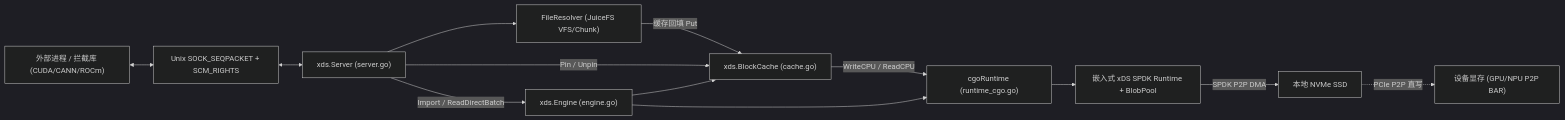
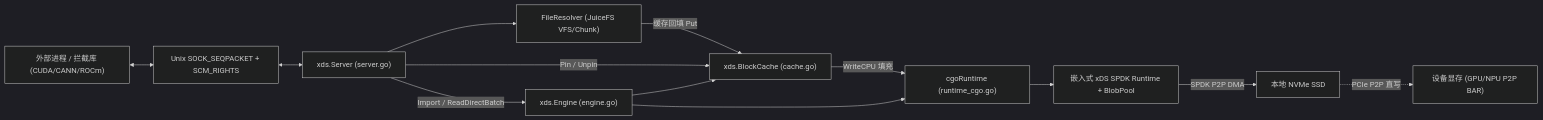
One commit to everettxwzhu/juicefs-xDS changed the first of 2 diagrams in pkg/xds/README.md. Above: the diagram before and after it, drawn with Mermaid (dark theme). The commit also changed other lines of this file and 27 other files, not shown here.

````diff
--- a/pkg/xds/README.md
+++ b/pkg/xds/README.md
@@ -52,26 +52,26 @@
 ```mermaid
 flowchart LR
     Client["外部进程 / 拦截库 (CUDA/CANN/ROCm)"]
     Socket["Unix SOCK_SEQPACKET + SCM_RIGHTS"]
     Server["xds.Server (server.go)"]
     Resolver["FileResolver (JuiceFS VFS/Chunk)"]
     Engine["xds.Engine (engine.go)"]
     Cache["xds.BlockCache (cache.go)"]
     CGo["cgoRuntime (runtime_cgo.go)"]
     XDS["嵌入式 xDS SPDK Runtime + BlobPool"]
     NVMe["本地 NVMe SSD"]
     VRAM["设备显存 (GPU/NPU P2P BAR)"]
 
     Client <--> Socket
     Socket <--> Server
     Server --> Resolver
     Resolver -->|缓存回填 Put| Cache
     Server -->|Pin / Unpin| Cache
     Server -->|Import / ReadDirectBatch| Engine
     Engine --> Cache
     Engine --> CGo
-    Cache -->|WriteCPU / ReadCPU| CGo
+    Cache -->|WriteCPU 填充| CGo
     CGo --> XDS
     XDS -->|SPDK P2P DMA| NVMe
     NVMe -.->|PCIe P2P 直写| VRAM
 ```
````
